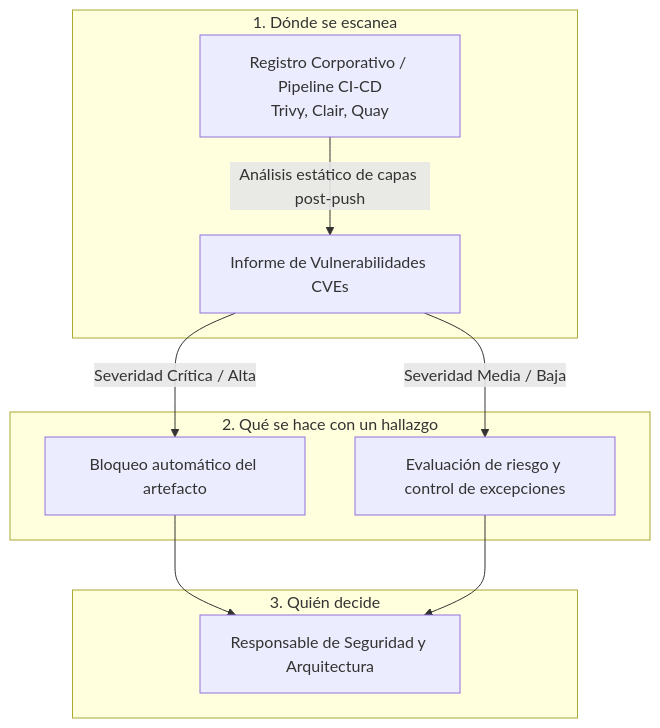
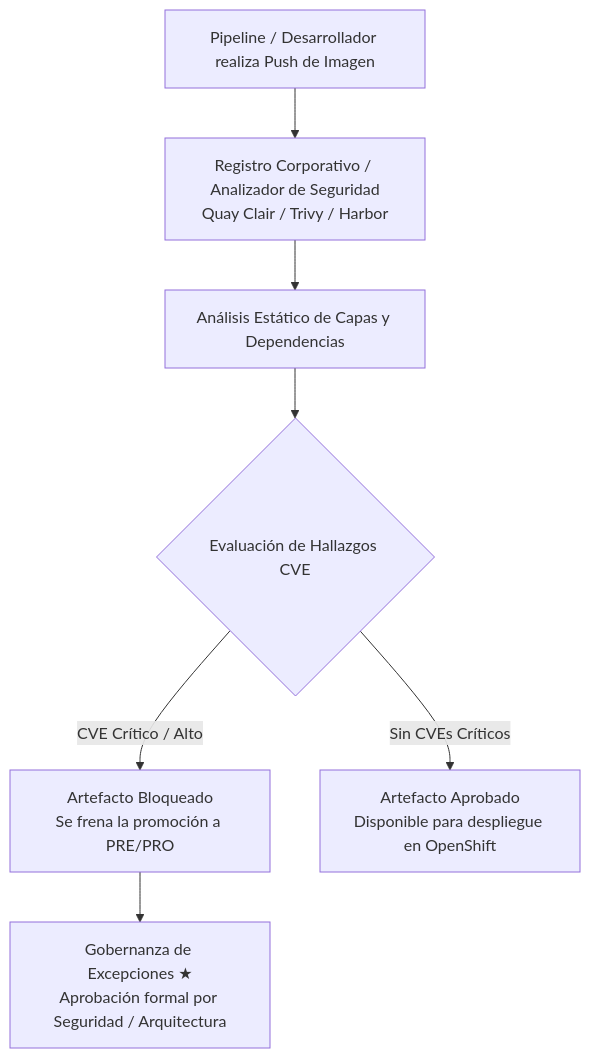
Before and after one commit to ieftraining/curso-openshift: the sixth of 6 diagrams in docs/sesion4/4.4 Registro, gestión y seguridad de imágenes.md, drawn with Mermaid. The commit also changed other lines of this file, not shown here.

````diff
--- a/docs/sesion4/4.4 Registro, gestión y seguridad de imágenes.md
+++ b/docs/sesion4/4.4 Registro, gestión y seguridad de imágenes.md
@@ -183,15 +165,9 @@
 ```mermaid
 flowchart TD
-    subgraph 1. Dónde se escanea
-        A[Registro Corporativo / Pipeline CI-CD<br>Trivy, Clair, Quay] -->|Análisis estático de capas post-push| B[Informe de Vulnerabilidades CVEs]
-    end
-
-    subgraph 2. Qué se hace con un hallazgo
-        B -->|Severidad Crítica / Alta| C[Bloqueo automático del artefacto]
-        B -->|Severidad Media / Baja| D[Evaluación de riesgo y control de excepciones]
-    end
-
-    subgraph 3. Quién decide
-        C & D --> E[Responsable de Seguridad y Arquitectura]
-    end
+    A[Pipeline / Desarrollador realiza Push de Imagen] --> B[Registro Corporativo / Analizador de Seguridad<br>Quay Clair / Trivy / Harbor]
+    B --> C[Análisis Estático de Capas y Dependencias]
+    C --> D{Evaluación de Hallazgos CVE}
+    D -->|CVE Crítico / Alto| E[Artefacto Bloqueado<br>Se frena la promoción a PRE/PRO]
+    D -->|Sin CVEs Críticos| F[Artefacto Aprobado<br>Disponible para despliegue en OpenShift]
+    E --> G[Gobernanza de Excepciones ★<br>Aprobación formal por Seguridad / Arquitectura]
 ```
````
